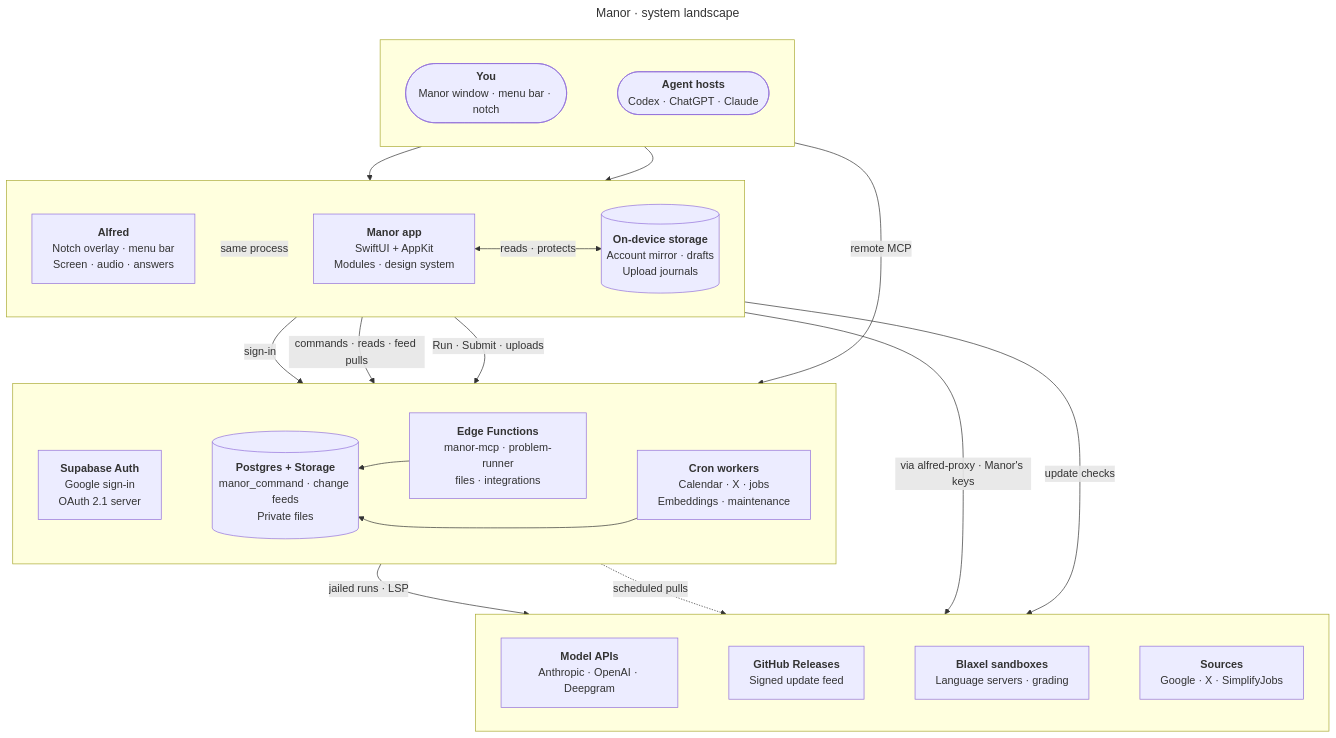
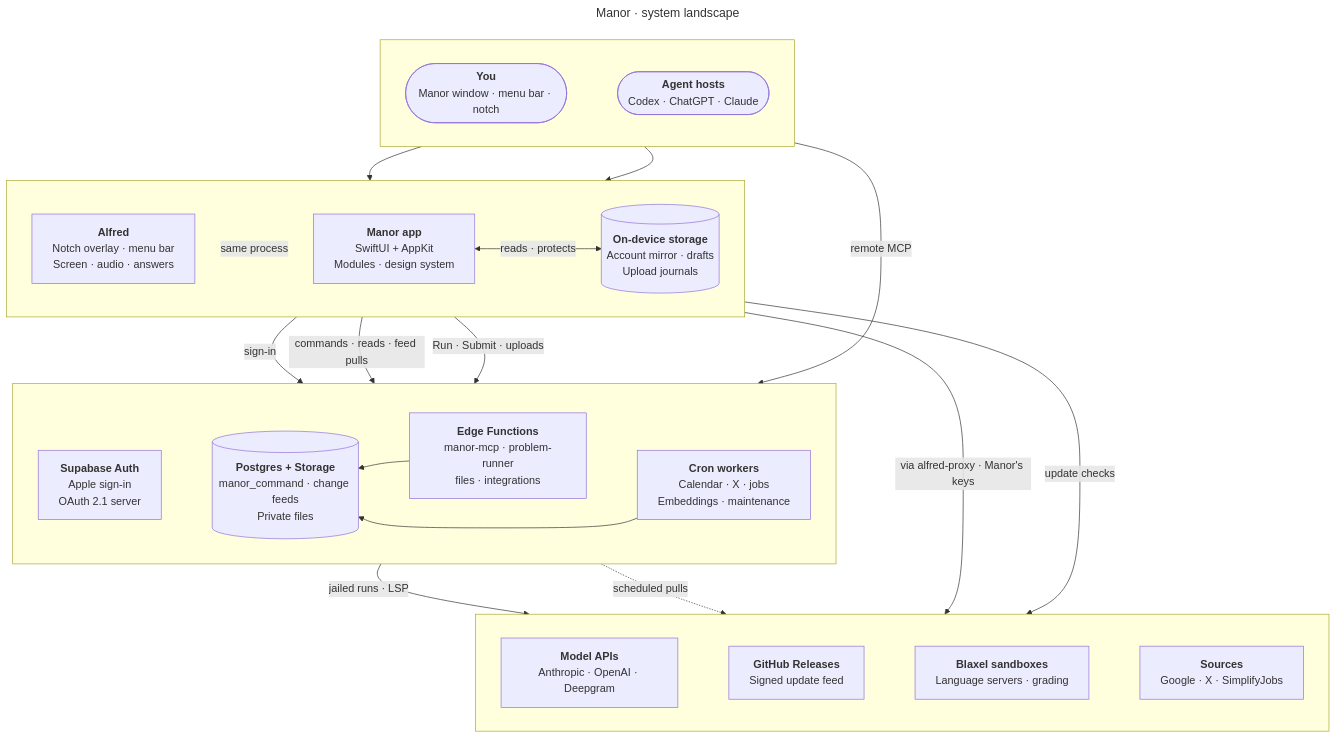
The diagram in docs/diagrams/pele/architecture-system-landscape.mmd (rithm84/Manor), drawn with Mermaid before and after one commit. The commit also changed 18 other files, not shown here.

```diff
--- a/docs/diagrams/pele/architecture-system-landscape.mmd
+++ b/docs/diagrams/pele/architecture-system-landscape.mmd
@@ -1,69 +1,69 @@
 ---
 title: Manor · system landscape
 ---
 flowchart TB
   subgraph row_1 [" "]
     direction LR
     you(["`**You**
     Manor window · menu bar · notch`"]):::people
     hosts(["`**Agent hosts**
     Codex · ChatGPT · Claude`"]):::agent
     you ~~~ hosts
   end
 
   subgraph row_2 [" "]
     direction LR
     alfred["`**Alfred**
     Notch overlay · menu bar
     Screen · audio · answers`"]:::agent
     shell["`**Manor app**
     SwiftUI + AppKit
     Modules · design system`"]:::app
     disk[("`**On-device storage**
     Account mirror · drafts
     Upload journals`")]:::local
     alfred ~~~|same process| shell <-->|reads · protects| disk
   end
 
   subgraph row_3 [" "]
     direction LR
     auth["`**Supabase Auth**
-    Google sign-in
+    Apple sign-in
     OAuth 2.1 server`"]:::backend
     pg[("`**Postgres + Storage**
     manor_command · change feeds
     Private files`")]:::backend
     edge["`**Edge Functions**
     manor-mcp · problem-runner
     files · integrations`"]:::backend
     cron["`**Cron workers**
     Calendar · X · jobs
     Embeddings · maintenance`"]:::async
     auth ~~~ pg ~~~ edge ~~~ cron
   end
 
   subgraph row_4 [" "]
     direction LR
     models["`**Model APIs**
     Anthropic · OpenAI · Deepgram`"]:::external
     gh["`**GitHub Releases**
     Signed update feed`"]:::external
     blaxel["`**Blaxel sandboxes**
     Language servers · grading`"]:::external
     sources["`**Sources**
     Google · X · SimplifyJobs`"]:::external
     models ~~~ gh ~~~ blaxel ~~~ sources
   end
 
   you --> alfred
   you --> shell
   shell -->|sign-in| auth
   shell -->|commands · reads · feed pulls| pg
   shell -->|Run · Submit · uploads| edge
   hosts -->|remote MCP| edge
   edge --> pg
   cron --> pg
   alfred -->|via alfred-proxy · Manor's keys| models
   shell -->|update checks| gh
   edge -->|jailed runs · LSP| blaxel
   cron async_1@-.->|scheduled pulls| sources
```
